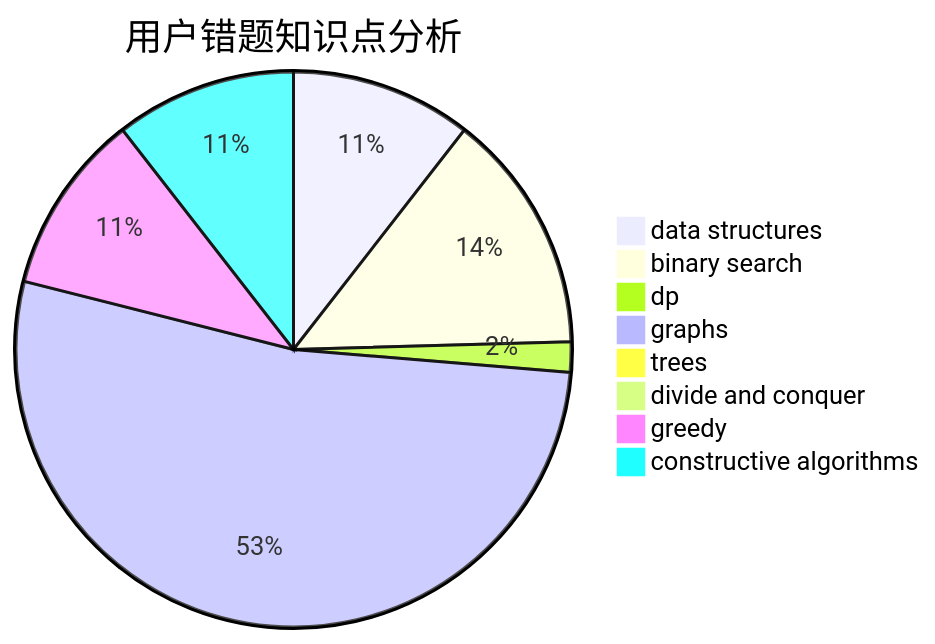
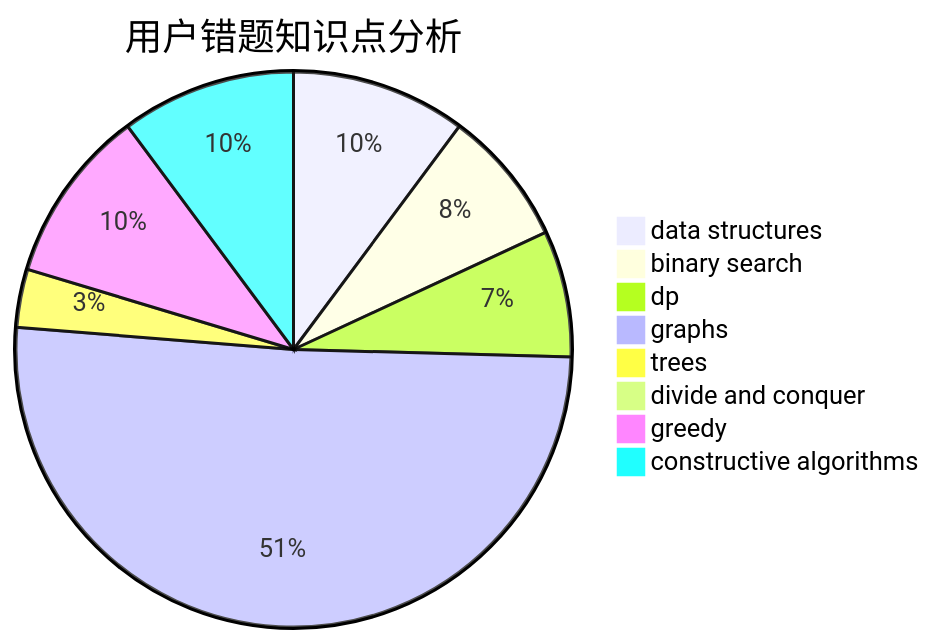
The third of 3 diagrams in docs/user/u871.md (sherpahu/cfrs.github.io), drawn with Mermaid before and after one commit. The commit also changed other lines of this file and 2770 other files, not shown here.

````diff
--- a/docs/user/u871.md
+++ b/docs/user/u871.md
@@ -36,11 +36,11 @@
 ```mermaid
 pie title 用户错题知识点分析
-    "data structures" :  6
-    "binary search" :  8
-    "dp" :  1
-    "graphs" :  30
-    "trees" :  0
+    "data structures" :  18
+    "binary search" :  14
+    "dp" :  13
+    "graphs" :  90
+    "trees" :  6
     "divide and conquer" :  0
-    "greedy" :  6
-    "constructive algorithms" :  6
+    "greedy" :  18
+    "constructive algorithms" :  18
 ```
````
